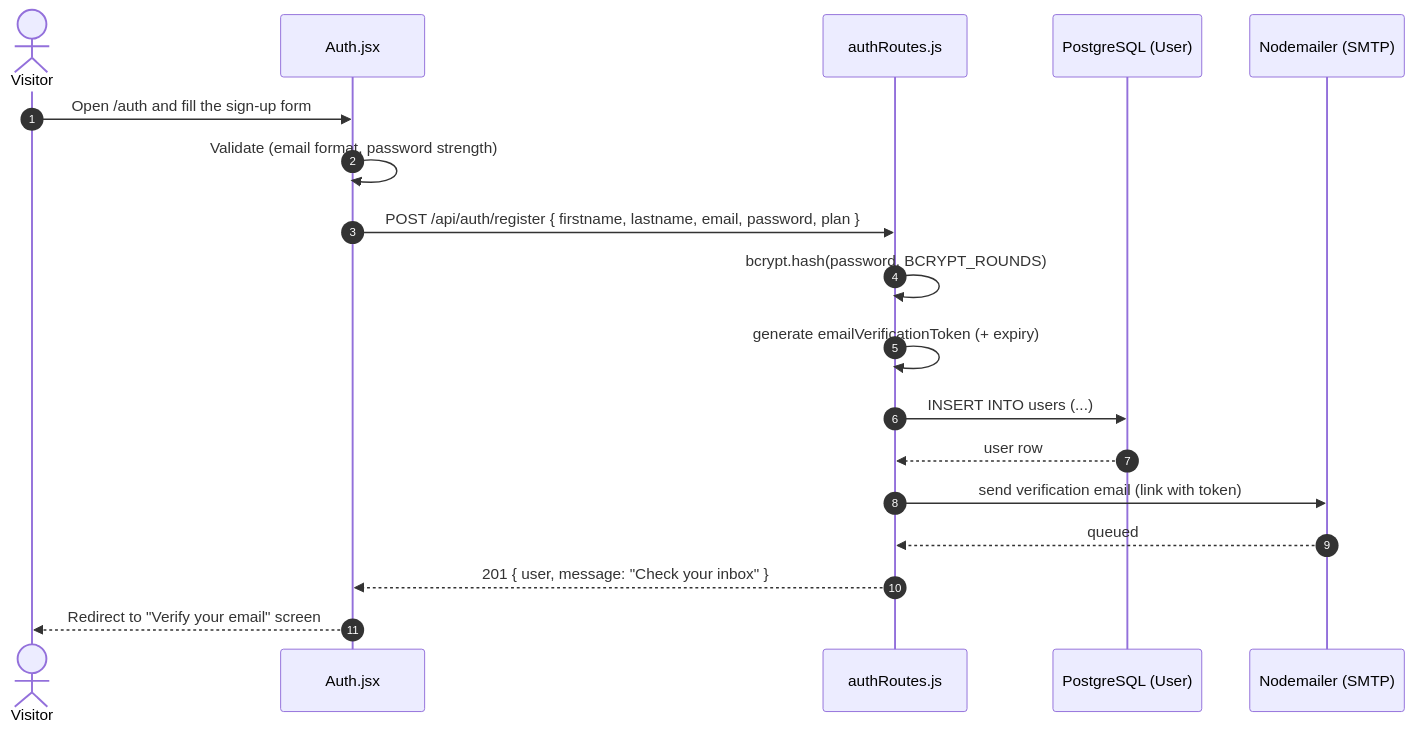
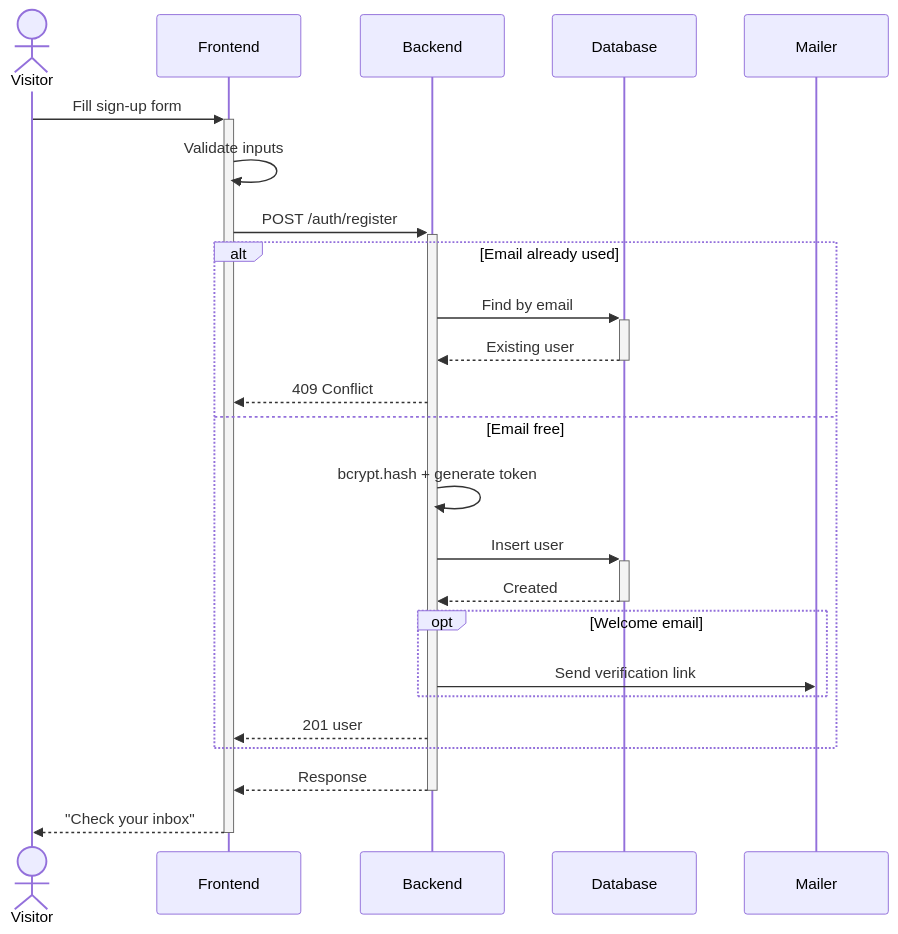
The third of 9 diagrams in docs/05_chapitre3_sprint1.md (MaizaAymen/OmniLearn), drawn with Mermaid before and after one commit. The commit also changed other lines of this file and 4 other files, not shown here.

````diff
--- a/docs/05_chapitre3_sprint1.md
+++ b/docs/05_chapitre3_sprint1.md
@@ -147,21 +147,29 @@
 ```mermaid
 sequenceDiagram
-  autonumber
-  actor V as Visitor
-  participant FE as Auth.jsx
-  participant API as authRoutes.js
-  participant DB as PostgreSQL (User)
-  participant Mail as Nodemailer (SMTP)
+    actor Visitor
+    participant FE as Frontend
+    participant API as Backend
+    participant DB as Database
+    participant Mail as Mailer
 
-  V->>FE: Open /auth and fill the sign-up form
-  FE->>FE: Validate (email format, password strength)
-  FE->>API: POST /api/auth/register { firstname, lastname, email, password, plan }
-  API->>API: bcrypt.hash(password, BCRYPT_ROUNDS)
-  API->>API: generate emailVerificationToken (+ expiry)
-  API->>DB: INSERT INTO users (...)
-  DB-->>API: user row
-  API->>Mail: send verification email (link with token)
-  Mail-->>API: queued
-  API-->>FE: 201 { user, message: "Check your inbox" }
-  FE-->>V: Redirect to "Verify your email" screen
+    Visitor->>+FE: Fill sign-up form
+    FE->>FE: Validate inputs
+    FE->>+API: POST /auth/register
+
+    alt Email already used
+        API->>+DB: Find by email
+        DB-->>-API: Existing user
+        API-->>FE: 409 Conflict
+    else Email free
+        API->>API: bcrypt.hash + generate token
+        API->>+DB: Insert user
+        DB-->>-API: Created
+        opt Welcome email
+            API->>Mail: Send verification link
+        end
+        API-->>FE: 201 user
+    end
+
+    API-->>-FE: Response
+    FE-->>-Visitor: "Check your inbox"
 ```
````
